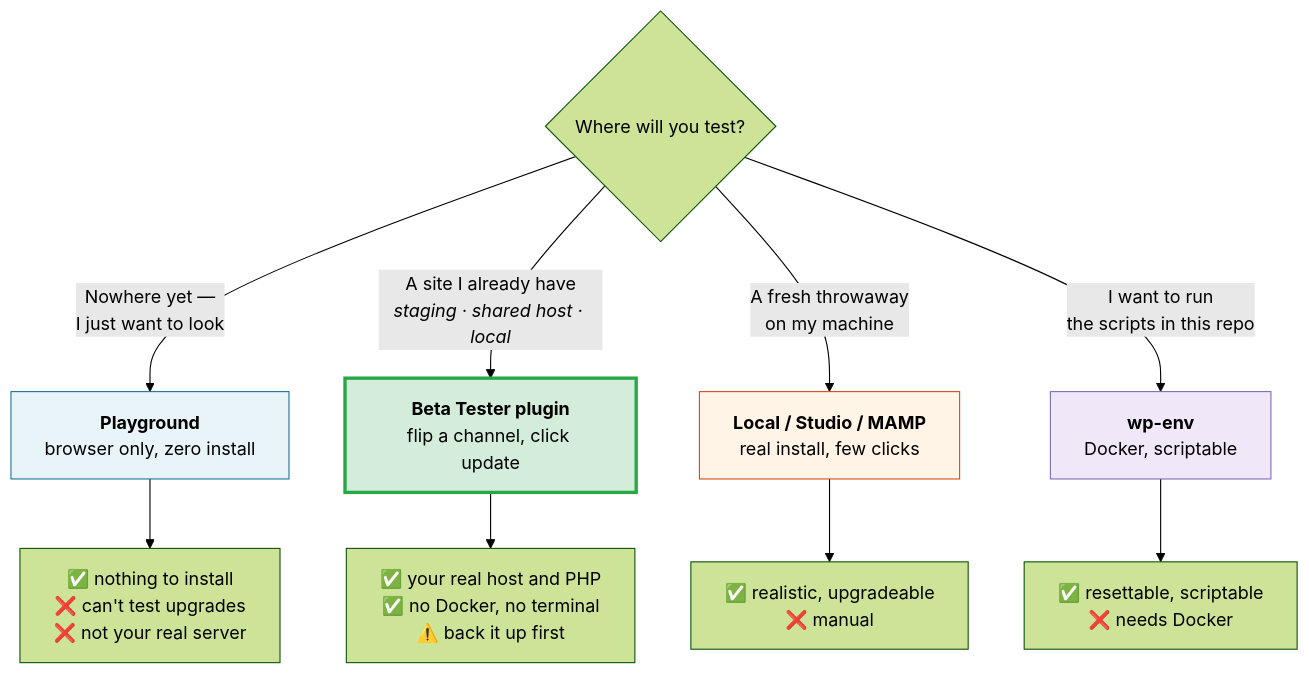
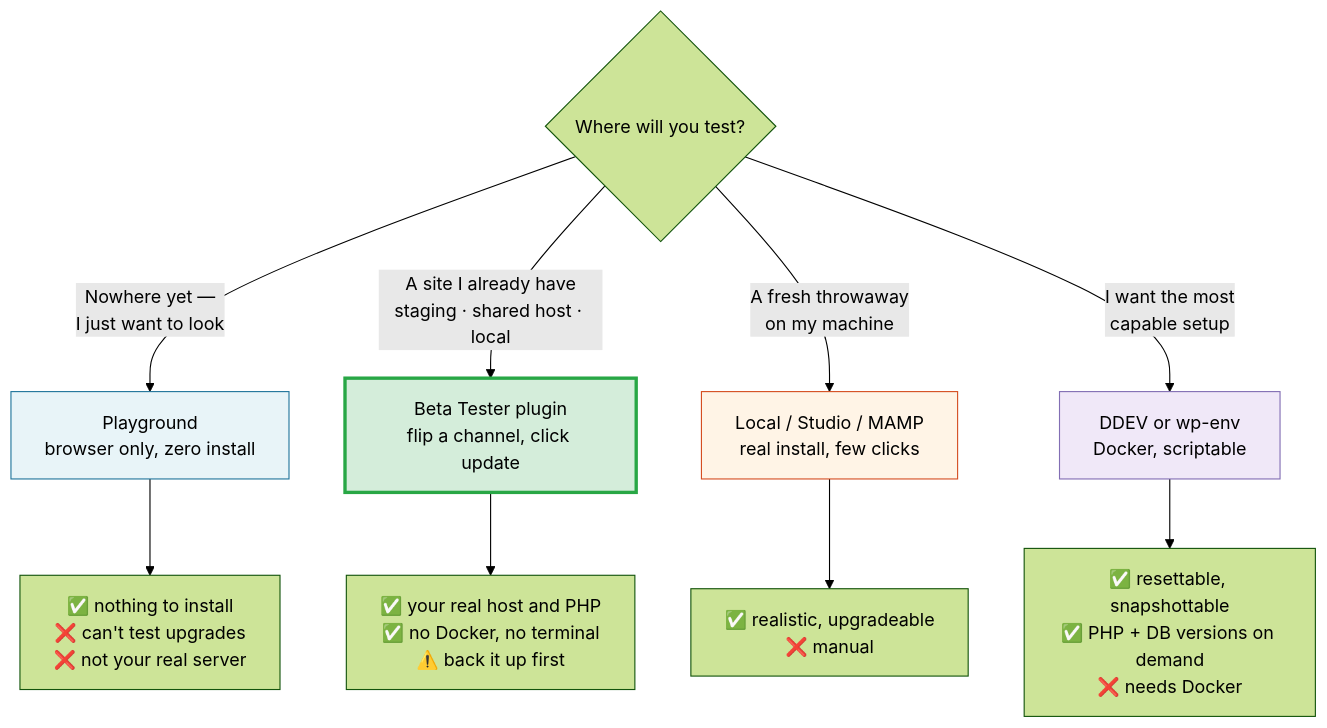
The second of 5 diagrams in README.md (courtneyr-dev/wp-release-audit-method), drawn with Mermaid (forest theme) before and after one commit. The commit also changed other lines of this file and 4 other files, not shown here.

First line of the commit message:
🐛 Strip HTML tags from mermaid labels so GitHub will render the diagrams

````diff
--- a/README.md
+++ b/README.md
@@ -177,19 +177,19 @@
 ```mermaid
 flowchart TD
     Q{"Where will you test?"}
 
-    Q -->|"Nowhere yet —<br/>I just want to look"| P["<b>Playground</b><br/>browser only, zero install"]
-    Q -->|"A site I already have<br/><i>staging · shared host · local</i>"| BT["<b>Beta Tester plugin</b><br/>flip a channel, click update"]
-    Q -->|"A fresh throwaway<br/>on my machine"| L["<b>Local / Studio / MAMP</b><br/>real install, few clicks"]
-    Q -->|"I want to run<br/>the scripts in this repo"| W["<b>wp-env</b><br/>Docker, scriptable"]
+    Q -->|"Nowhere yet —<br/>I just want to look"| P["Playground<br/>browser only, zero install"]
+    Q -->|"A site I already have<br/>staging · shared host · local"| BT["Beta Tester plugin<br/>flip a channel, click update"]
+    Q -->|"A fresh throwaway<br/>on my machine"| L["Local / Studio / MAMP<br/>real install, few clicks"]
+    Q -->|"I want the most<br/>capable setup"| W["DDEV or wp-env<br/>Docker, scriptable"]
 
     P --> PN["✅ nothing to install<br/>❌ can't test upgrades<br/>❌ not your real server"]
     BT --> BTN["✅ your real host and PHP<br/>✅ no Docker, no terminal<br/>⚠️ back it up first"]
     L --> LN["✅ realistic, upgradeable<br/>❌ manual"]
-    W --> WN["✅ resettable, scriptable<br/>❌ needs Docker"]
+    W --> WN["✅ resettable, snapshottable<br/>✅ PHP + DB versions on demand<br/>❌ needs Docker"]
 
     style P fill:#e8f4f8,stroke:#21759B,color:#000
     style BT fill:#d4edda,stroke:#28a745,stroke-width:3px,color:#000
     style L fill:#fff4e6,stroke:#D54E21,color:#000
     style W fill:#f0e8f8,stroke:#826EB4,color:#000
 ```
````
